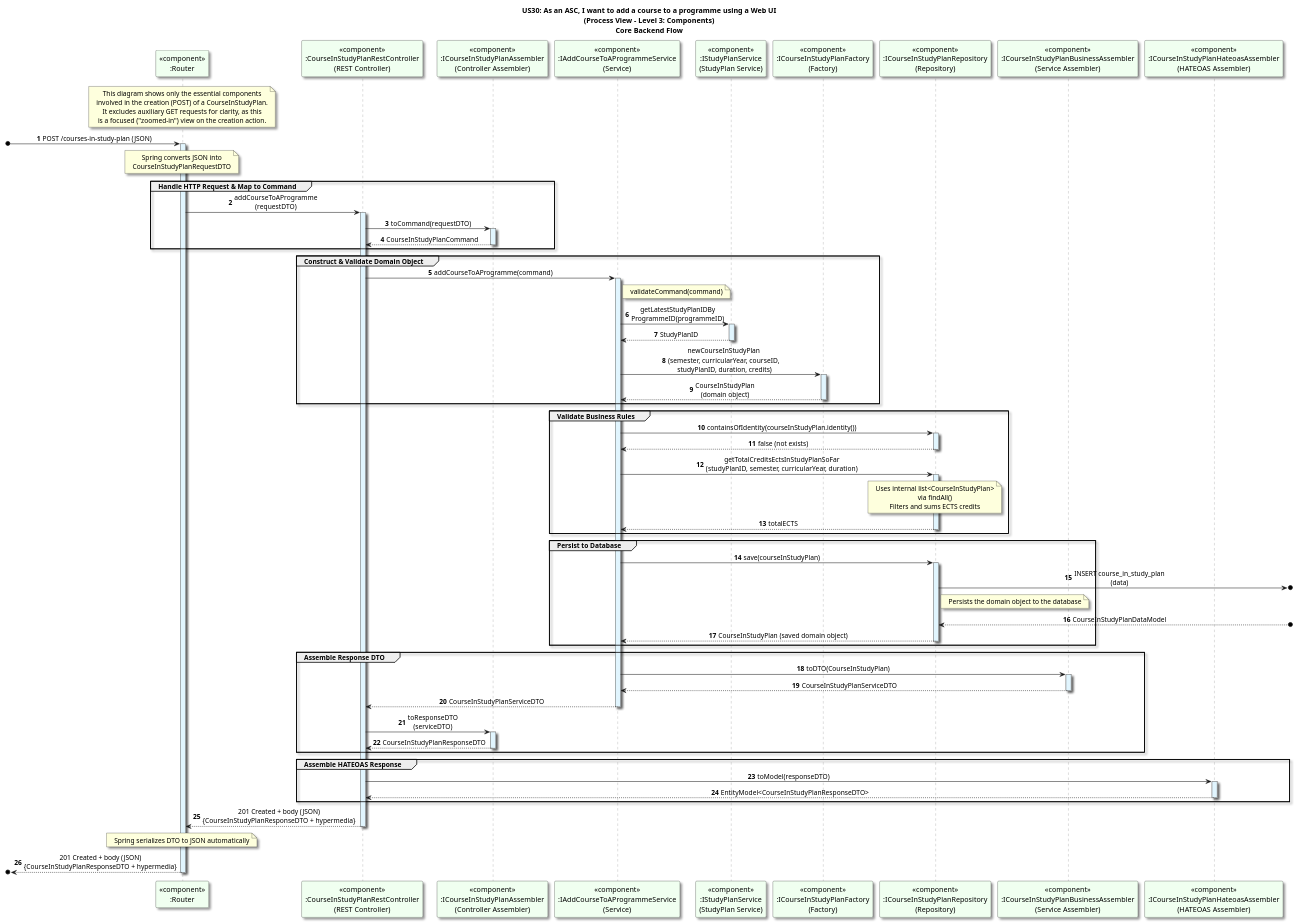
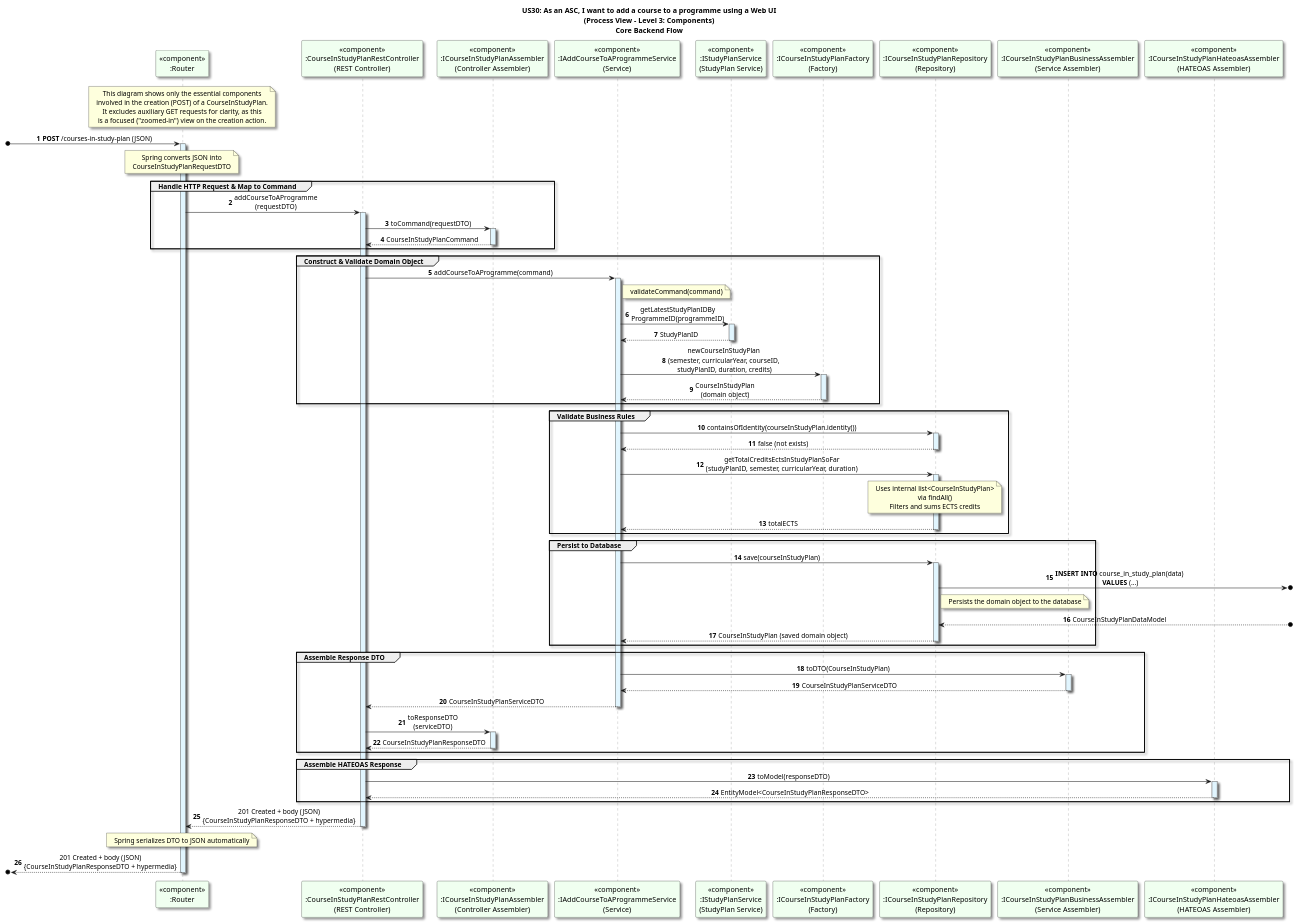
Before and after one commit to GasparISEP/DevOps-PAI: the diagram in docs/US30/Sprint_7/ProcessView/Level3_ComponentContext_Backend.puml, drawn with PlantUML. The commit also changed 2 other files, not shown here.

Commit message:
docs(addCourseToAProgramme): refactor detailed flow diagram for list of courses to fully align with the logic, improve clarity and detailed interactions (refs: #701, #705)

```diff
--- a/docs/US30/Sprint_7/ProcessView/Level3_ComponentContext_Backend.puml
+++ b/docs/US30/Sprint_7/ProcessView/Level3_ComponentContext_Backend.puml
@@ -1,127 +1,127 @@
 @startuml
 title: US30: As an ASC, I want to add a course to a programme using a Web UI\n(Process View - Level 3: Components)\nCore Backend Flow
 autonumber
 
 skinparam {
   ActivityPadding 2
   ActivityMargin 2
   BoxPadding 2
 }
 skinparam sequence {
     LifeLineBorderColor Grey
     LifeLineBackgroundColor #E1F5FE
 }
 skinparam defaultTextAlignment center
 skinparam shadowing true
 
 participant "<<component>>\n:Router" as Router #honeydew
 participant "<<component>>\n:CourseInStudyPlanRestController\n(REST Controller)" as Controller #honeydew
 participant "<<component>>\n:ICourseInStudyPlanAssembler\n(Controller Assembler)" as Assembler #honeydew
 participant "<<component>>\n:IAddCourseToAProgrammeService\n(Service)" as Service #honeydew
 participant "<<component>>\n:IStudyPlanService\n(StudyPlan Service)" as StudyPlanService #honeydew
 participant "<<component>>\n:ICourseInStudyPlanFactory\n(Factory)" as Factory #honeydew
 participant "<<component>>\n:ICourseInStudyPlanRepository\n(Repository)" as Repository #honeydew
 participant "<<component>>\n:ICourseInStudyPlanBusinessAssembler\n(Service Assembler)" as BAssembler #honeydew
 participant "<<component>>\n:ICourseInStudyPlanHateoasAssembler\n(HATEOAS Assembler)" as HateoasAssembler #honeydew
 
 note over Router
 This diagram shows only the essential components
 involved in the creation (POST) of a CourseInStudyPlan.
 It excludes auxiliary GET requests for clarity, as this
 is a focused ("zoomed-in") view on the creation action.
 end note
 
-[o-> Router: POST /courses-in-study-plan (JSON)
+[o-> Router: **POST** /courses-in-study-plan (JSON)
 activate Router
 note over Router
 Spring converts JSON into
 CourseInStudyPlanRequestDTO
 end note
 group Handle HTTP Request & Map to Command
 Router -> Controller: addCourseToAProgramme\n(requestDTO)
 activate Controller
 
 
 Controller -> Assembler: toCommand(requestDTO)
 activate Assembler
 Assembler --> Controller: CourseInStudyPlanCommand
 deactivate Assembler
 end group
 
 group Construct & Validate Domain Object
 Controller -> Service: addCourseToAProgramme(command)
 activate Service
 note right of Service: validateCommand(command)
 Service -> StudyPlanService: getLatestStudyPlanIDBy\nProgrammeID(programmeID)
 activate StudyPlanService
 StudyPlanService --> Service: StudyPlanID
 deactivate StudyPlanService
 
 Service -> Factory: newCourseInStudyPlan\n(semester, curricularYear, courseID,\n studyPlanID, duration, credits)
 activate Factory
 
 Factory --> Service: CourseInStudyPlan\n(domain object)
 deactivate Factory
 end
 
 group Validate Business Rules
 Service -> Repository: containsOfIdentity(courseInStudyPlan.identity())
 activate Repository
 Repository --> Service: false (not exists)
 deactivate Repository
 
 Service -> Repository: getTotalCreditsEctsInStudyPlanSoFar\n(studyPlanID, semester, curricularYear, duration)
 activate Repository
 note over Repository
 Uses internal list<CourseInStudyPlan>
 via findAll()
 Filters and sums ECTS credits
 end note
 Repository --> Service: totalECTS
 deactivate Repository
 end group
 
 group Persist to Database
 Service -> Repository: save(courseInStudyPlan)
 activate Repository
 
-Repository ->o]: INSERT course_in_study_plan\n(data)
+Repository ->o]: **INSERT INTO** course_in_study_plan(data)\n **VALUES** (...)
 note right of Repository
 Persists the domain object to the database
 end note
 Repository <--o]: CourseInStudyPlanDataModel
 
 Repository --> Service: CourseInStudyPlan (saved domain object)
 deactivate Repository
 end group
 
 group Assemble Response DTO
 Service -> BAssembler: toDTO(CourseInStudyPlan)
 activate BAssembler
 BAssembler --> Service: CourseInStudyPlanServiceDTO
 deactivate BAssembler
 Service --> Controller: CourseInStudyPlanServiceDTO
 deactivate Service
 
     Controller -> Assembler: toResponseDTO\n(serviceDTO)
     activate Assembler
     Assembler --> Controller: CourseInStudyPlanResponseDTO
     deactivate Assembler
     end group
 
     group Assemble HATEOAS Response
     Controller -> HateoasAssembler: toModel(responseDTO)
     activate HateoasAssembler
     HateoasAssembler --> Controller: EntityModel<CourseInStudyPlanResponseDTO>
     deactivate HateoasAssembler
     end group
     Controller --> Router: 201 Created + body (JSON)\n{CourseInStudyPlanResponseDTO + hypermedia}
 
 note over Router: Spring serializes DTO to JSON automatically
 
 
 deactivate Controller
 
 [o<-- Router: 201 Created + body (JSON)\n{CourseInStudyPlanResponseDTO + hypermedia}
 deactivate Router
 @enduml
```
